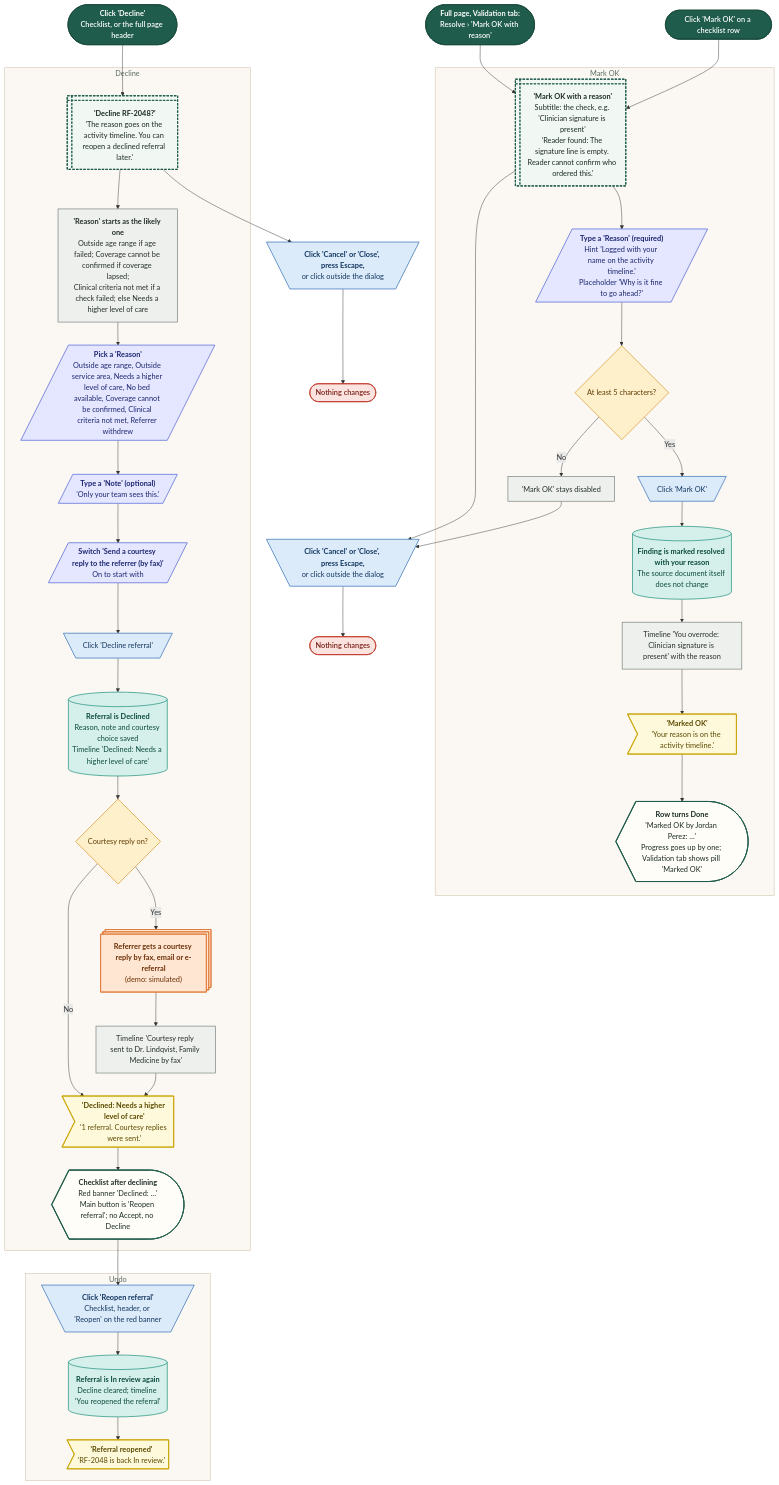
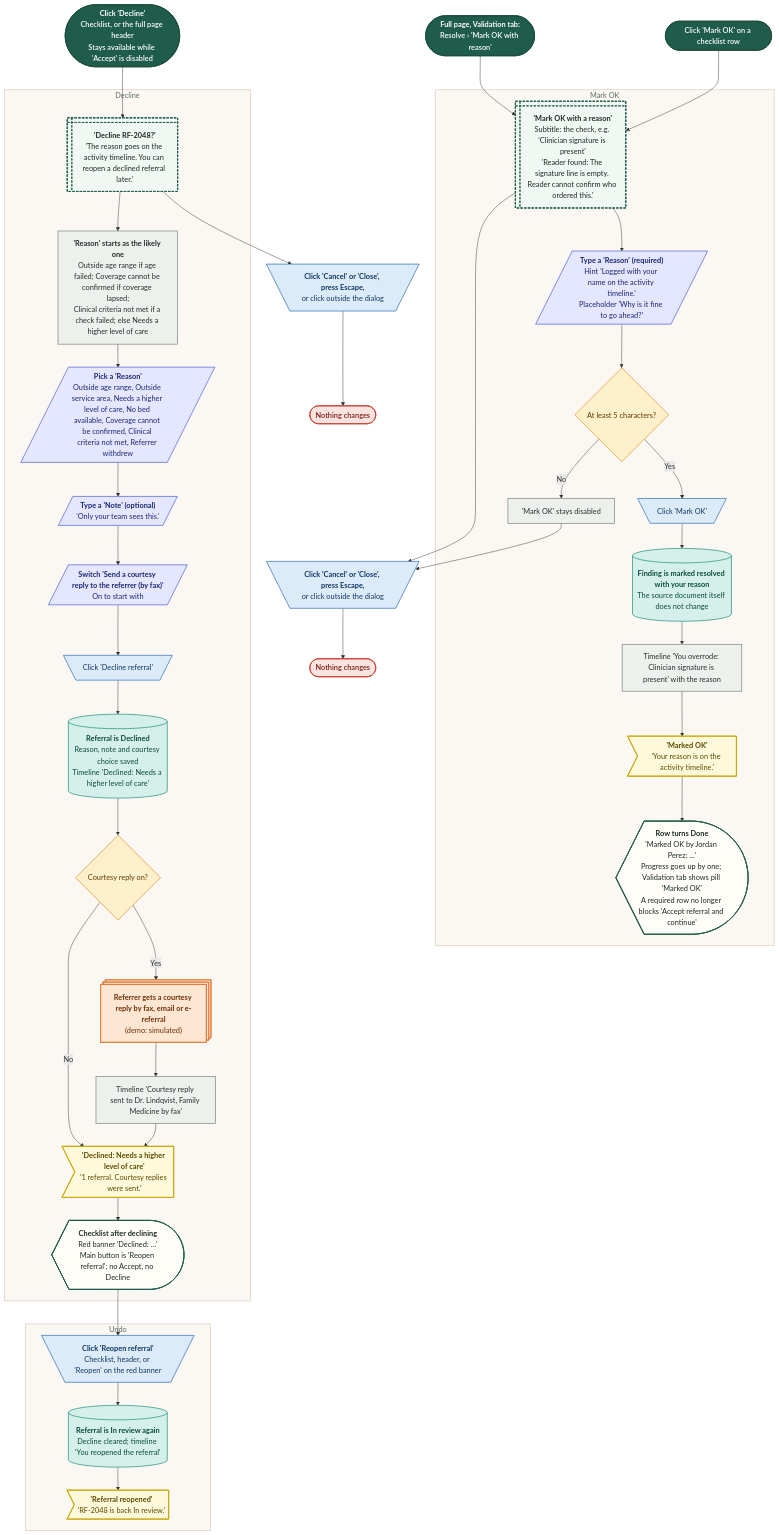
One commit to Shrav143/psyfloapp changed the seventh of 36 diagrams in demos/prior-auth-demo/workflows/out/md/04-new-case.md. Above: the diagram before and after it, drawn with Mermaid. The commit also changed other lines of this file and 195 other files, not shown here.

First line of the commit message:
docs: Rebuild workflow diagrams after the demo fixes (220 diagrams)

````diff
--- a/demos/prior-auth-demo/workflows/out/md/04-new-case.md
+++ b/demos/prior-auth-demo/workflows/out/md/04-new-case.md
@@ -546,82 +567,82 @@
 ```mermaid
 %%{init: {"theme":"base","themeVariables":{"fontFamily":"'DM Sans', 'Segoe UI', system-ui, sans-serif","fontSize":"15px","lineColor":"#5B6B63","primaryTextColor":"#1C2B25","clusterBkg":"#FBF8F3","clusterBorder":"#D9CDBB","edgeLabelBackground":"#FFFFFF"},"flowchart":{"curve":"basis","nodeSpacing":36,"rankSpacing":48,"padding":12,"htmlLabels":true,"useMaxWidth":false,"wrappingWidth":230}} }%%
 flowchart TD
   classDef k_start fill:#1F5C4B,stroke:#174638,color:#FFFFFF,stroke-width:1.5px,font-weight:600
   classDef k_end fill:#DDEFE3,stroke:#2E7D4F,color:#14502F,stroke-width:1.5px,font-weight:600
   classDef k_endx fill:#FBE3E0,stroke:#C0392B,color:#7A1F16,stroke-width:1.5px,font-weight:600
   classDef k_screen fill:#FFFDF8,stroke:#1F5C4B,color:#1C2B25,stroke-width:2px
   classDef k_overlay fill:#F1F7F3,stroke:#1F5C4B,color:#1C2B25,stroke-width:2px,stroke-dasharray:5 3
   classDef k_click fill:#DCEBFA,stroke:#2F6DB5,color:#12365F,stroke-width:1.5px
   classDef k_input fill:#E4E7FF,stroke:#4C5FD5,color:#1D2670,stroke-width:1.5px
   classDef k_process fill:#EEF0EE,stroke:#7A857F,color:#26302B,stroke-width:1.5px
   classDef k_agent fill:#EEE5FA,stroke:#7A4FC2,color:#341A63,stroke-width:1.5px
   classDef k_decision fill:#FFF0CC,stroke:#D9962B,color:#5C3B00,stroke-width:1.5px
   classDef k_store fill:#D5F0EA,stroke:#1C8E7B,color:#0B4A3F,stroke-width:1.5px
   classDef k_doc fill:#F6E9DC,stroke:#B07A4C,color:#4A2E14,stroke-width:1.5px
   classDef k_ext fill:#FFE6D2,stroke:#E07B39,color:#6B2F06,stroke-width:1.5px
   classDef k_wait fill:#E4E8EE,stroke:#6B7C93,color:#26303D,stroke-width:1.5px
   classDef k_toast fill:#FFF9DB,stroke:#C9A400,color:#5A4A00,stroke-width:1.5px
   classDef k_goto fill:#FFFFFF,stroke:#1F5C4B,color:#1F5C4B,stroke-width:1.5px,stroke-dasharray:5 3
   s1@{ shape: stadium, label: "Click 'Mark OK' on a checklist row" }
   s2@{ shape: stadium, label: "<b>Full page, Validation tab:</b><br/>Resolve › 'Mark OK with reason'" }
-  s3@{ shape: stadium, label: "<b>Click 'Decline'</b><br/>Checklist, or the full page header" }
+  s3@{ shape: stadium, label: "<b>Click 'Decline'</b><br/>Checklist, or the full page header<br/>Stays available while 'Accept' is disabled" }
   subgraph gOk ["Mark OK"]
   o1@{ shape: win-pane, label: "<b>'Mark OK with a reason'</b><br/>Subtitle: the check, e.g. 'Clinician signature is present'<br/>'Reader found: The signature line is empty. Reader cannot confirm who ordered this.'" }
   i1@{ shape: lean-r, label: "<b>Type a 'Reason' (required)</b><br/>Hint 'Logged with your name on the activity timeline.'<br/>Placeholder 'Why is it fine to go ahead?'" }
   d1@{ shape: diam, label: "At least 5 characters?" }
   p1@{ shape: rect, label: "'Mark OK' stays disabled" }
   c1@{ shape: trap-t, label: "Click 'Mark OK'" }
   st1@{ shape: cyl, label: "<b>Finding is marked resolved with your reason</b><br/>The source document itself does not change" }
   p2@{ shape: rect, label: "Timeline 'You overrode: Clinician signature is present' with the reason" }
   t1@{ shape: odd, label: "<b>'Marked OK'</b><br/>'Your reason is on the activity timeline.'" }
-  sc1@{ shape: curv-trap, label: "<b>Row turns Done</b><br/>'Marked OK by Jordan Perez: …'<br/>Progress goes up by one; Validation tab shows pill 'Marked OK'" }
+  sc1@{ shape: curv-trap, label: "<b>Row turns Done</b><br/>'Marked OK by Jordan Perez: …'<br/>Progress goes up by one; Validation tab shows pill 'Marked OK'<br/>A required row no longer blocks 'Accept referral and continue'" }
   end
   cX1@{ shape: trap-t, label: "<b>Click 'Cancel' or 'Close', press Escape,</b><br/>or click outside the dialog" }
   e1@{ shape: stadium, label: "Nothing changes" }
   subgraph gDec ["Decline"]
   o2@{ shape: win-pane, label: "<b>'Decline RF-2048?'</b><br/>'The reason goes on the activity timeline. You can reopen a declined referral later.'" }
   p3@{ shape: rect, label: "<b>'Reason' starts as the likely one</b><br/>Outside age range if age failed; Coverage cannot be confirmed if coverage lapsed;<br/>Clinical criteria not met if a check failed; else Needs a higher level of care" }
   i2@{ shape: lean-r, label: "<b>Pick a 'Reason'</b><br/>Outside age range, Outside service area, Needs a higher level of care, No bed available, Coverage cannot be confirmed, Clinical criteria not met, Referrer withdrew" }
   i3@{ shape: lean-r, label: "<b>Type a 'Note' (optional)</b><br/>'Only your team sees this.'" }
   i4@{ shape: lean-r, label: "<b>Switch 'Send a courtesy reply to the referrer (by fax)'</b><br/>On to start with" }
   c2@{ shape: trap-t, label: "Click 'Decline referral'" }
   st2@{ shape: cyl, label: "<b>Referral is Declined</b><br/>Reason, note and courtesy choice saved<br/>Timeline 'Declined: Needs a higher level of care'" }
   d2@{ shape: diam, label: "Courtesy reply on?" }
   x1@{ shape: st-rect, label: "<b>Referrer gets a courtesy reply by fax, email or e-referral</b><br/>(demo: simulated)" }
   p4@{ shape: rect, label: "Timeline 'Courtesy reply sent to Dr. Lindqvist, Family Medicine by fax'" }
   t2@{ shape: odd, label: "<b>'Declined: Needs a higher level of care'</b><br/>'1 referral. Courtesy replies were sent.'" }
   sc2@{ shape: curv-trap, label: "<b>Checklist after declining</b><br/>Red banner 'Declined: …'<br/>Main button is 'Reopen referral'; no Accept, no Decline" }
   end
   cX2@{ shape: trap-t, label: "<b>Click 'Cancel' or 'Close', press Escape,</b><br/>or click outside the dialog" }
   e2@{ shape: stadium, label: "Nothing changes" }
   subgraph gRe ["Undo"]
   c3@{ shape: trap-t, label: "<b>Click 'Reopen referral'</b><br/>Checklist, header, or 'Reopen' on the red banner" }
   st3@{ shape: cyl, label: "<b>Referral is In review again</b><br/>Decline cleared; timeline 'You reopened the referral'" }
   t3@{ shape: odd, label: "<b>'Referral reopened'</b><br/>'RF-2048 is back In review.'" }
   end
   s1 --> o1
   s2 --> o1
   o1 --> i1 --> d1
   d1 -->|"No"| p1 --> cX1
   d1 -->|"Yes"| c1 --> st1 --> p2 --> t1 --> sc1
   o1 --> cX1 --> e1
   s3 --> o2 --> p3 --> i2 --> i3 --> i4 --> c2 --> st2 --> d2
   d2 -->|"Yes"| x1 --> p4 --> t2
   d2 -->|"No"| t2
   t2 --> sc2 --> c3 --> st3 --> t3
   o2 --> cX2 --> e2
   class s1,s2,s3 k_start
   class o1,o2 k_overlay
   class i1,i2,i3,i4 k_input
   class d1,d2 k_decision
   class p1,p2,p3,p4 k_process
   class c1,cX1,c2,cX2,c3 k_click
   class st1,st2,st3 k_store
   class t1,t2,t3 k_toast
   class sc1,sc2 k_screen
   class e1,e2 k_endx
   class x1 k_ext
   style gOk fill:#FBF8F3,stroke:#D9CDBB,stroke-width:1.5px,color:#5B6B63
   style gDec fill:#FBF8F3,stroke:#D9CDBB,stroke-width:1.5px,color:#5B6B63
   style gRe fill:#FBF8F3,stroke:#D9CDBB,stroke-width:1.5px,color:#5B6B63
 ```
````
